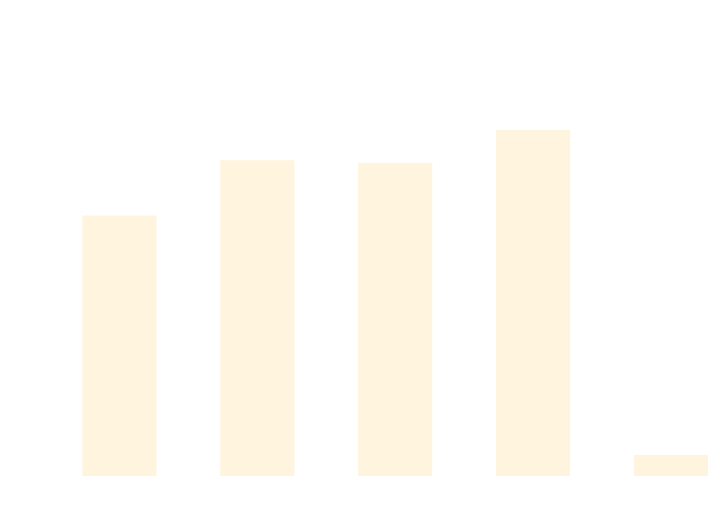
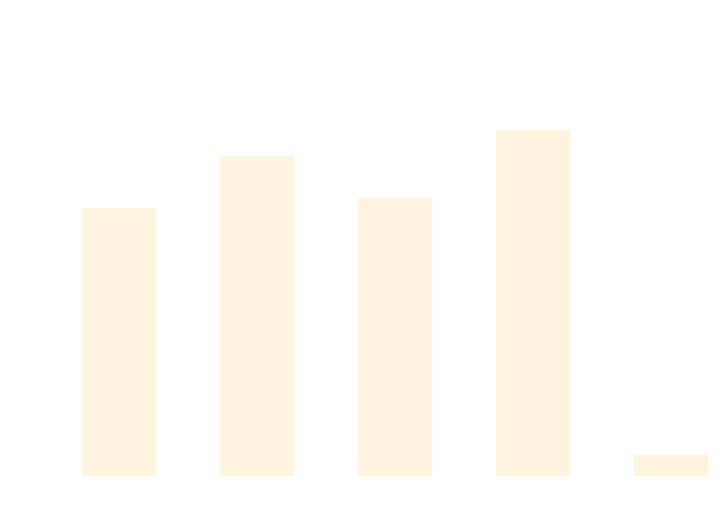
One commit to thomhurst/TUnit changed the diagram in docs/docs/benchmarks/DataDrivenTests.md. Above: the diagram before and after it, drawn with Mermaid. The commit also changed other lines of this file and 17 other files, not shown here.

````diff
--- a/docs/docs/benchmarks/DataDrivenTests.md
+++ b/docs/docs/benchmarks/DataDrivenTests.md
@@ -27,37 +27,37 @@
 ```mermaid
 %%{init: {
   'theme':'base',
   'themeVariables': {
     'primaryColor': '#2563eb',
     'primaryTextColor': '#ffffff',
     'primaryBorderColor': '#1e40af',
     'lineColor': '#6b7280',
     'secondaryColor': '#7c3aed',
     'tertiaryColor': '#dc2626',
     'background': '#ffffff',
     'mainBkg': '#2563eb',
     'secondBkg': '#7c3aed',
     'tertiaryBkg': '#dc2626',
     'clusterBkg': '#f3f4f6',
     'edgeLabelBackground': '#ffffff',
     'tertiaryTextColor': '#1f2937',
     'pie1': '#2563eb',
     'pie2': '#7c3aed',
     'pie3': '#dc2626',
     'pie4': '#f59e0b',
     'pie5': '#10b981',
     'pie6': '#06b6d4',
     'pie7': '#ec4899',
     'pie8': '#6366f1',
     'pie9': '#84cc16',
     'pie10': '#f97316',
     'pie11': '#14b8a6',
     'pie12': '#a855f7'
   }
 }}%%
 xychart-beta
   title "DataDrivenTests Performance Comparison"
   x-axis ["TUnit", "NUnit", "MSTest", "xUnit3", "TUnit_AOT"]
-  y-axis "Time (ms)" 0 --> 720
-  bar [447.94, 546.19, 541.63, 599.93, 22.39]
+  y-axis "Time (ms)" 0 --> 702
+  bar [449.81, 540.28, 467.43, 584.73, 22.53]
 ```
````
